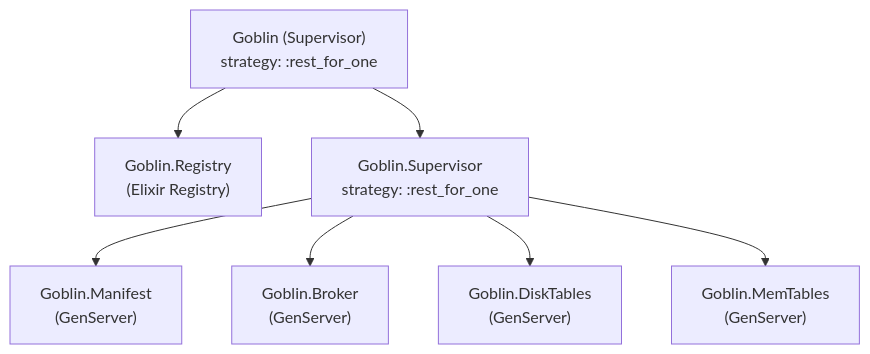
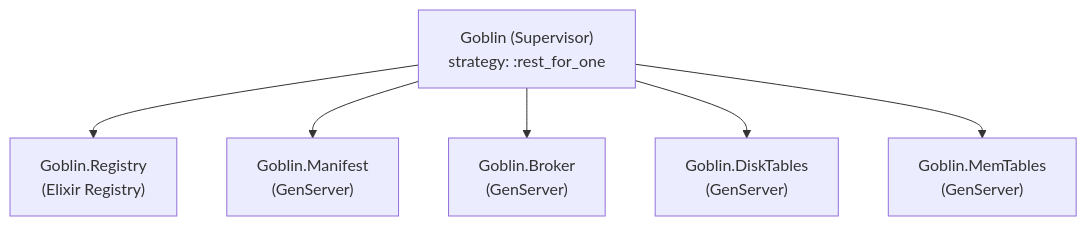
The first of 7 diagrams in ARCHITECTURE.md (zteln/goblin), drawn with Mermaid before and after one commit.

Commit message:
update supervision tree in ARCHITECTURE.md

````diff
--- a/ARCHITECTURE.md
+++ b/ARCHITECTURE.md
@@ -7,17 +7,15 @@
 ```mermaid
 graph TD
     G["Goblin (Supervisor)<br/>strategy: :rest_for_one"]
     R["Goblin.Registry<br/>(Elixir Registry)"]
-    S["Goblin.Supervisor<br/>strategy: :rest_for_one"]
     M["Goblin.Manifest<br/>(GenServer)"]
     B["Goblin.Broker<br/>(GenServer)"]
     D["Goblin.DiskTables<br/>(GenServer)"]
     MT["Goblin.MemTables<br/>(GenServer)"]
 
     G --> R
-    G --> S
-    S --> M
-    S --> B
-    S --> D
-    S --> MT
+    G --> M
+    G --> B
+    G --> D
+    G --> MT
 ```
````
